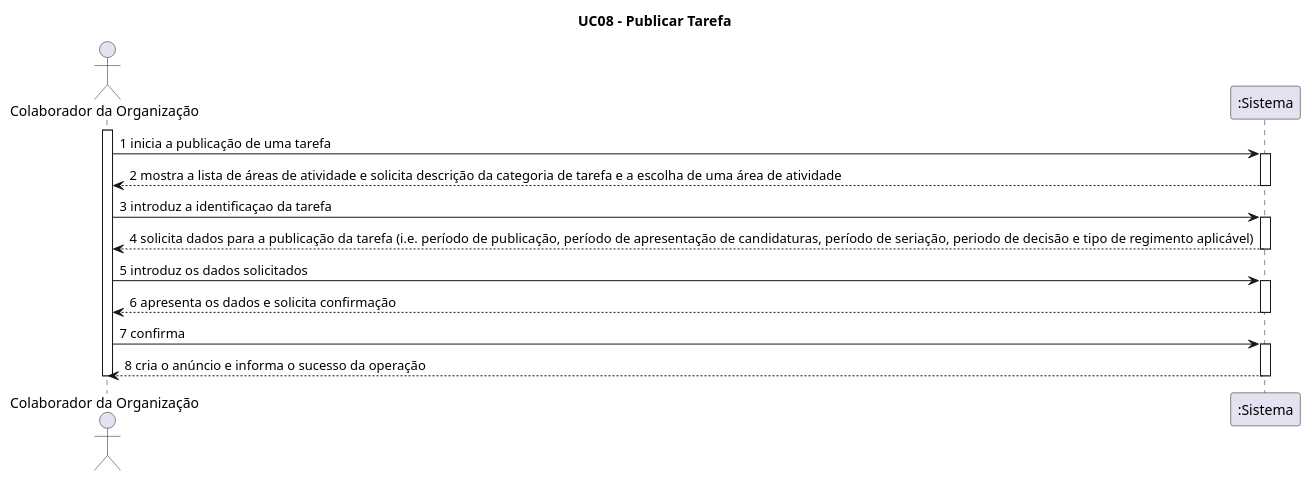
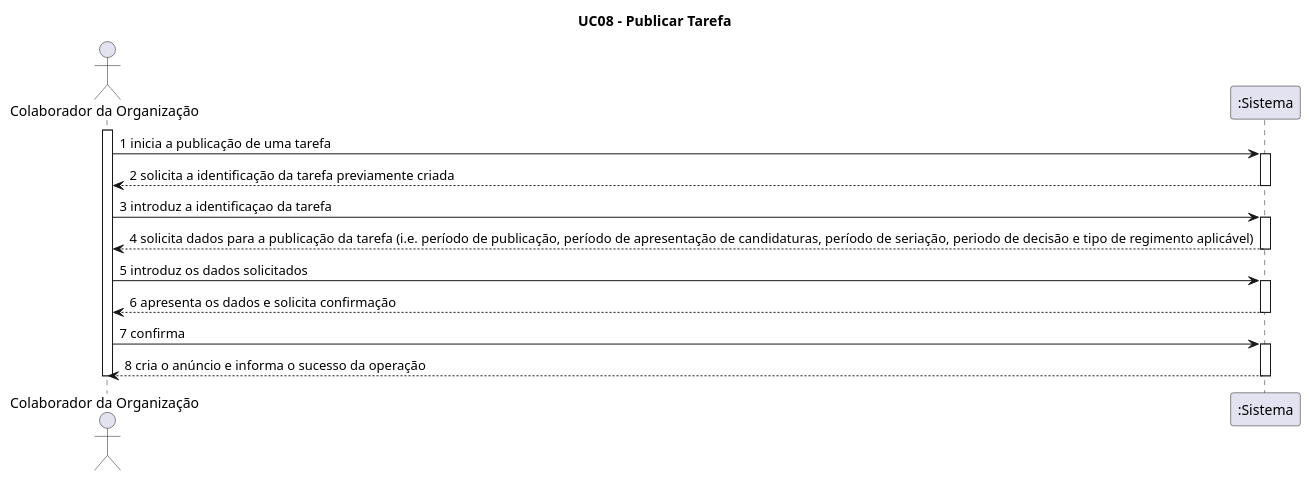
One commit to blestonbandeiraUPSKILL/upskill_java1_labprg_grupo2 changed the diagram in Documentação/Sprint 3/UC08_Publicar_Tarefa/UC08_Publicar_Tarefa.wsd. Above: the diagram before and after it, drawn with PlantUML. The commit also changed 2 other files, not shown here.

```diff
--- a/Documentação/Sprint 3/UC08_Publicar_Tarefa/UC08_Publicar_Tarefa.wsd
+++ b/Documentação/Sprint 3/UC08_Publicar_Tarefa/UC08_Publicar_Tarefa.wsd
@@ -1,34 +1,34 @@
 @startuml
 
 title UC08 - Publicar Tarefa
 
 actor "Colaborador da Organização"
 activate "Colaborador da Organização"
 
 "Colaborador da Organização" -> ":Sistema" : 1 inicia a publicação de uma tarefa
 activate ":Sistema"
 
-":Sistema" --> "Colaborador da Organização": 2 mostra a lista de áreas de atividade e solicita descrição da categoria de tarefa e a escolha de uma área de atividade
+":Sistema" --> "Colaborador da Organização": 2 solicita a identificação da tarefa previamente criada
 deactivate ":Sistema"
 
 "Colaborador da Organização" -> ":Sistema": 3 introduz a identificaçao da tarefa
 activate ":Sistema"
 
 ":Sistema" --> "Colaborador da Organização": 4 solicita dados para a publicação da tarefa (i.e. período de publicação, período de apresentação de candidaturas, período de seriação, periodo de decisão e tipo de regimento aplicável)
 deactivate ":Sistema"
 
 "Colaborador da Organização" -> ":Sistema": 5 introduz os dados solicitados
 activate ":Sistema"
 
 ":Sistema" --> "Colaborador da Organização": 6 apresenta os dados e solicita confirmação
 deactivate ":Sistema"
 
 "Colaborador da Organização" -> ":Sistema": 7 confirma
 activate ":Sistema"
 
 ":Sistema" --> "Colaborador da Organização": 8 cria o anúncio e informa o sucesso da operação
 deactivate ":Sistema"
 
 deactivate "Colaborador da Organização"
 
 @enduml
```
